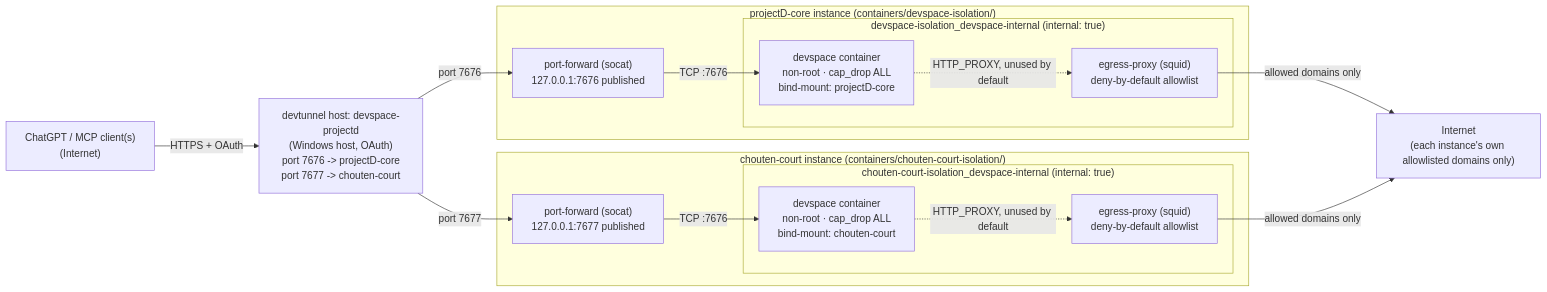
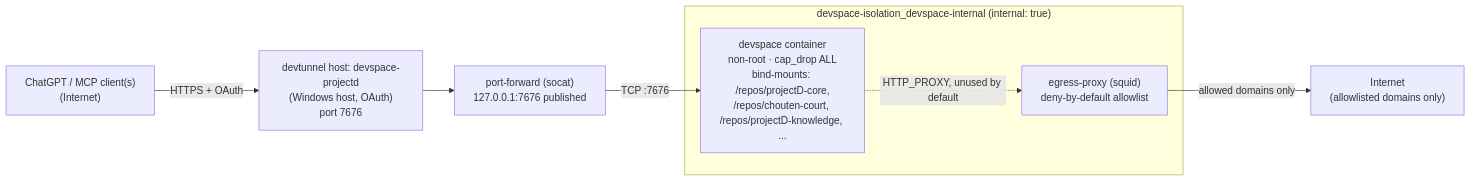
Before and after one commit to OliverMingHao1024/projectD-core: the diagram in containers/devspace-isolation/README.md, drawn with Mermaid. The commit also changed other lines of this file and 15 other files, not shown here.

````diff
--- a/containers/devspace-isolation/README.md
+++ b/containers/devspace-isolation/README.md
@@ -27,33 +26,19 @@
 ```mermaid
 flowchart LR
     client["ChatGPT / MCP client(s)<br/>(Internet)"]
-    tunnel["devtunnel host: devspace-projectd<br/>(Windows host, OAuth)<br/>port 7676 -> projectD-core<br/>port 7677 -> chouten-court"]
+    tunnel["devtunnel host: devspace-projectd<br/>(Windows host, OAuth)<br/>port 7676"]
+    pf["port-forward (socat)<br/>127.0.0.1:7676 published"]
 
-    subgraph pd ["projectD-core instance (containers/devspace-isolation/)"]
-        pf1["port-forward (socat)<br/>127.0.0.1:7676 published"]
-        subgraph pd_internal ["devspace-isolation_devspace-internal (internal: true)"]
-            ds1["devspace container<br/>non-root · cap_drop ALL<br/>bind-mount: projectD-core"]
-            eg1["egress-proxy (squid)<br/>deny-by-default allowlist"]
-        end
-        pf1 -->|TCP :7676| ds1
-        ds1 -.->|HTTP_PROXY, unused by default| eg1
+    subgraph internal_net ["devspace-isolation_devspace-internal (internal: true)"]
+        ds["devspace container<br/>non-root · cap_drop ALL<br/>bind-mounts: /repos/projectD-core,<br/>/repos/chouten-court, /repos/projectD-knowledge, ..."]
+        egress["egress-proxy (squid)<br/>deny-by-default allowlist"]
     end
 
-    subgraph cc ["chouten-court instance (containers/chouten-court-isolation/)"]
-        pf2["port-forward (socat)<br/>127.0.0.1:7677 published"]
-        subgraph cc_internal ["chouten-court-isolation_devspace-internal (internal: true)"]
-            ds2["devspace container<br/>non-root · cap_drop ALL<br/>bind-mount: chouten-court"]
-            eg2["egress-proxy (squid)<br/>deny-by-default allowlist"]
-        end
-        pf2 -->|TCP :7676| ds2
-        ds2 -.->|HTTP_PROXY, unused by default| eg2
-    end
-
-    inet["Internet<br/>(each instance's own allowlisted domains only)"]
+    inet["Internet<br/>(allowlisted domains only)"]
 
     client -->|HTTPS + OAuth| tunnel
-    tunnel -->|port 7676| pf1
-    tunnel -->|port 7677| pf2
-    eg1 -->|allowed domains only| inet
-    eg2 -->|allowed domains only| inet
+    tunnel --> pf
+    pf -->|TCP :7676| ds
+    ds -.->|HTTP_PROXY, unused by default| egress
+    egress -->|allowed domains only| inet
 ```
````
